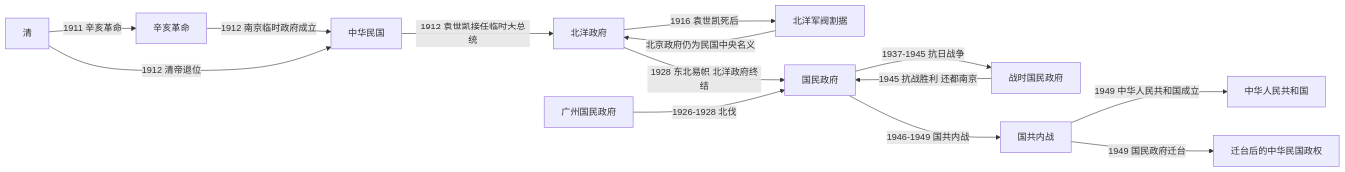
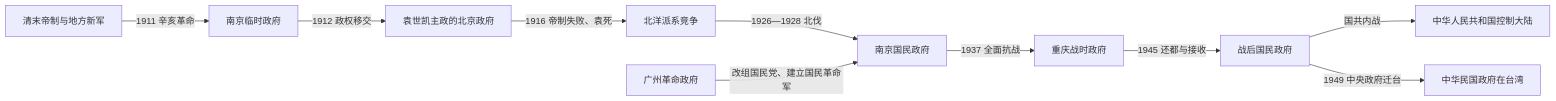
The diagram in 人文科学/历史/东亚/中国/民国/README.md (tianlan-dev/learning-notes), drawn with Mermaid before and after one commit. The commit also changed other lines of this file and 1417 other files, not shown here.

````diff
--- a/人文科学/历史/东亚/中国/民国/README.md
+++ b/人文科学/历史/东亚/中国/民国/README.md
@@ -23,16 +19,12 @@
 ```mermaid
 flowchart LR
-  Qing[清] -->|1911 辛亥革命| Revolution[辛亥革命]
-  Revolution -->|1912 南京临时政府成立| Republic[中华民国]
-  Qing -->|1912 清帝退位| Republic
-  Republic -->|1912 袁世凯接任临时大总统| BeiyangGov[北洋政府]
-  BeiyangGov -->|1916 袁世凯死后| Warlords[北洋军阀割据]
-  Warlords -->|北京政府仍为民国中央名义| BeiyangGov
-  BeiyangGov -->|1928 东北易帜 北洋政府终结| NationalGov[国民政府]
-  KMTGuangzhou[广州国民政府] -->|1926-1928 北伐| NationalGov
-  NationalGov -->|1937-1945 抗日战争| WartimeGov[战时国民政府]
-  WartimeGov -->|1945 抗战胜利 还都南京| NationalGov
-  NationalGov -->|1946-1949 国共内战| CivilWar[国共内战]
-  CivilWar -->|1949 中华人民共和国成立| PRC[中华人民共和国]
-  CivilWar -->|1949 国民政府迁台| Taiwan[迁台后的中华民国政权]
+  Qing["清末帝制与地方新军"] -->|1911 辛亥革命| Nanjing["南京临时政府"]
+  Nanjing -->|1912 政权移交| Yuan["袁世凯主政的北京政府"]
+  Yuan -->|1916 帝制失败、袁死| Warlord["北洋派系竞争"]
+  Warlord -->|1926—1928 北伐| NanjingGov["南京国民政府"]
+  Guangzhou["广州革命政府"] -->|改组国民党、建立国民革命军| NanjingGov
+  NanjingGov -->|1937 全面抗战| Chongqing["重庆战时政府"]
+  Chongqing -->|1945 还都与接收| Postwar["战后国民政府"]
+  Postwar -->|国共内战| PRC["中华人民共和国控制大陆"]
+  Postwar -->|1949 中央政府迁台| ROC_TW["中华民国政府在台湾"]
 ```
````
